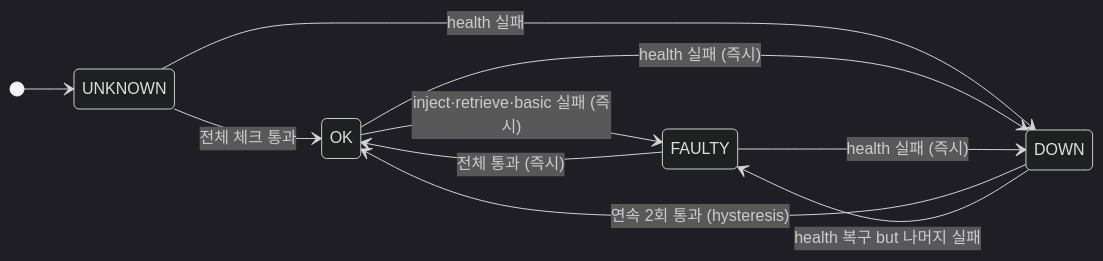
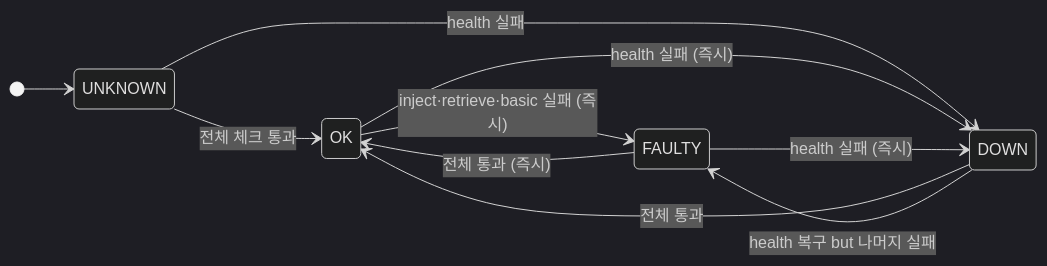
The fourth of 4 diagrams in README.md (sane100400/livefire), drawn with Mermaid (dark theme) before and after one commit. The commit also changed other lines of this file and 3 other files, not shown here.

Commit message:
Align rulebook and docs with agent web-service flow

````diff
--- a/README.md
+++ b/README.md
@@ -105,13 +105,13 @@
 ```mermaid
 stateDiagram-v2
     direction LR
     [*] --> UNKNOWN
     UNKNOWN --> OK    : 전체 체크 통과
     UNKNOWN --> DOWN  : health 실패
     OK      --> FAULTY: inject·retrieve·basic 실패 (즉시)
     OK      --> DOWN  : health 실패 (즉시)
     FAULTY  --> OK    : 전체 통과 (즉시)
     FAULTY  --> DOWN  : health 실패 (즉시)
-    DOWN    --> OK    : 연속 2회 통과 (hysteresis)
+    DOWN    --> OK    : 전체 통과
     DOWN    --> FAULTY: health 복구 but 나머지 실패
 ```
````
